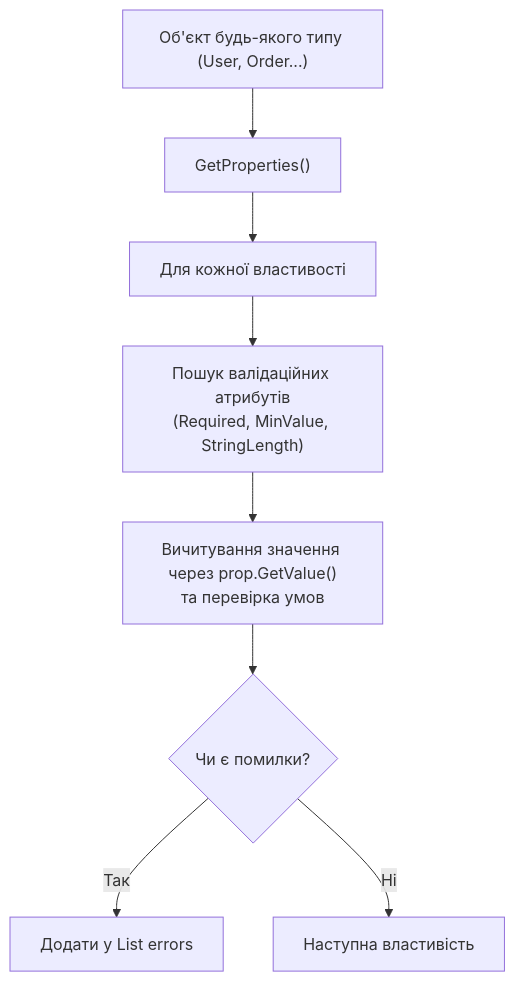
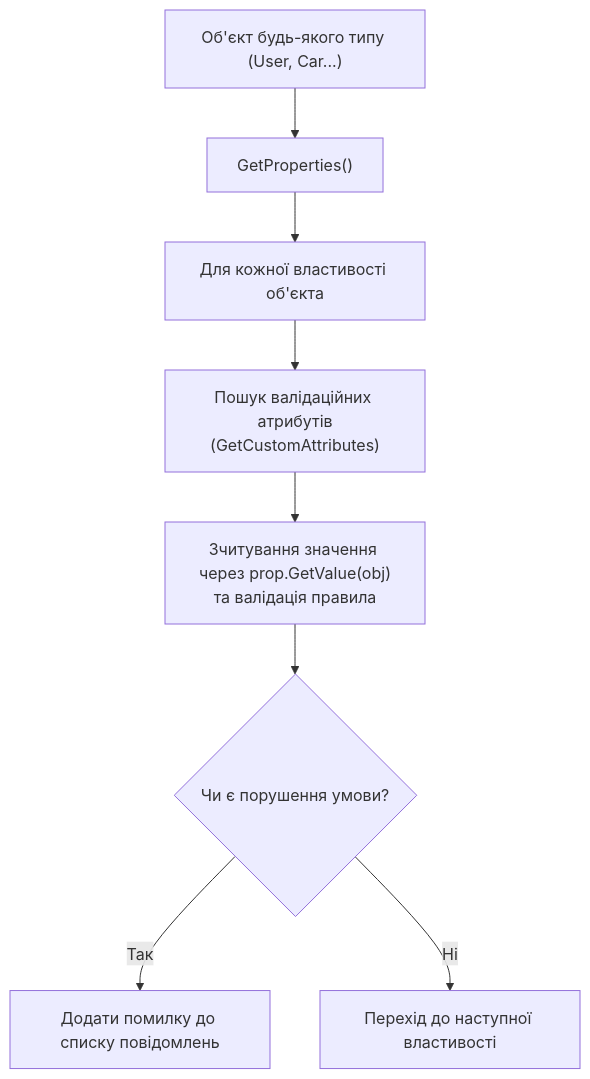
One commit to MrTomkaYurii/CSharp-OOP-Mastery changed the second of 2 diagrams in 06-Advanced-DotNet/02-Reflection-And-Metadata/Docs/04_Attributes_And_Metadata_Validation.md. Above: the diagram before and after it, drawn with Mermaid. The commit also changed other lines of this file and 7 other files, not shown here.

````diff
--- a/06-Advanced-DotNet/02-Reflection-And-Metadata/Docs/04_Attributes_And_Metadata_Validation.md
+++ b/06-Advanced-DotNet/02-Reflection-And-Metadata/Docs/04_Attributes_And_Metadata_Validation.md
@@ -83,10 +93,10 @@
 ```mermaid
 flowchart TD
-    Entity["Об'єкт будь-якого типу (User, Order...)"] --> GetProps["GetProperties()"]
-    GetProps --> LoopProps["Для кожної властивості"]
-    LoopProps --> FindAttr["Пошук валідаційних атрибутів<br/>(Required, MinValue, StringLength)"]
-    FindAttr --> Validate["Вичитування значення через prop.GetValue()<br/>та перевірка умов"]
-    Validate --> Result{"Чи є помилки?"}
-    Result -- Так --> AddErrors["Додати у List<string> errors"]
-    Result -- Ні --> NextProp["Наступна властивість"]
+    Entity["Об'єкт будь-якого типу (User, Car...)"] --> GetProps["GetProperties()"]
+    GetProps --> LoopProps["Для кожної властивості об'єкта"]
+    LoopProps --> FindAttr["Пошук валідаційних атрибутів<br/>(GetCustomAttributes<T>)"]
+    FindAttr --> Validate["Зчитування значення через prop.GetValue(obj)<br/>та валідація правила"]
+    Validate --> Result{"Чи є порушення умови?"}
+    Result -- Так --> AddErrors["Додати помилку до списку повідомлень"]
+    Result -- Ні --> NextProp["Перехід до наступної властивості"]
 ```
````
